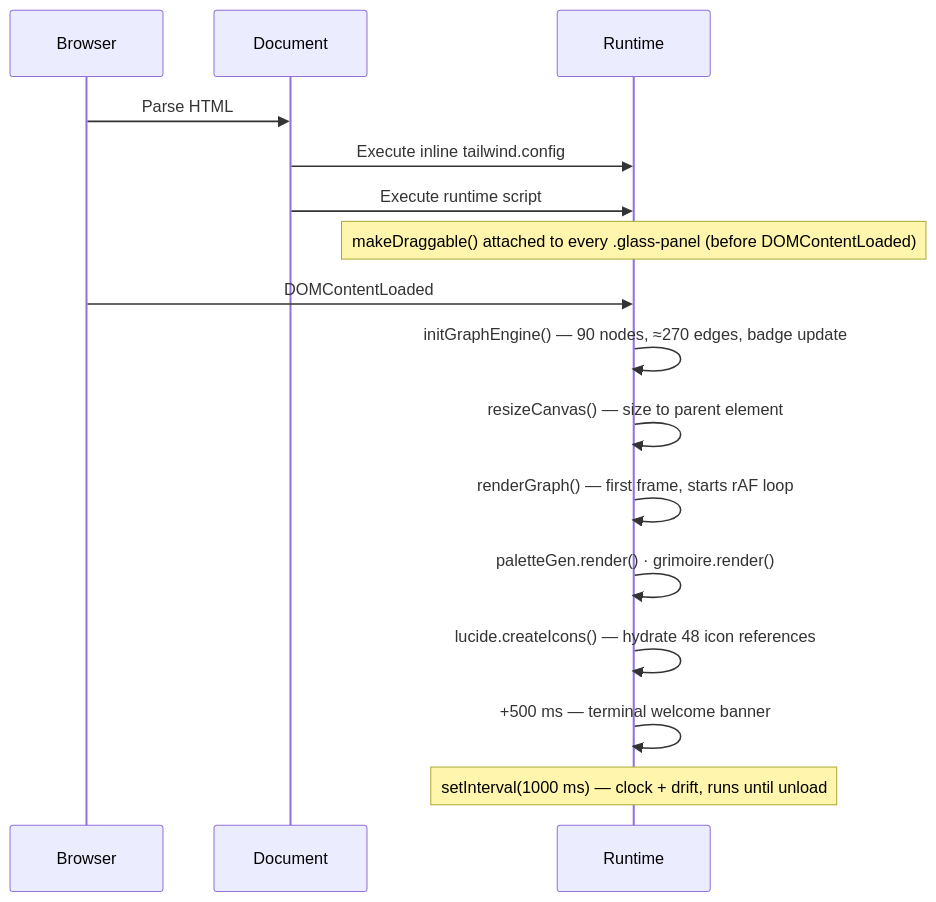
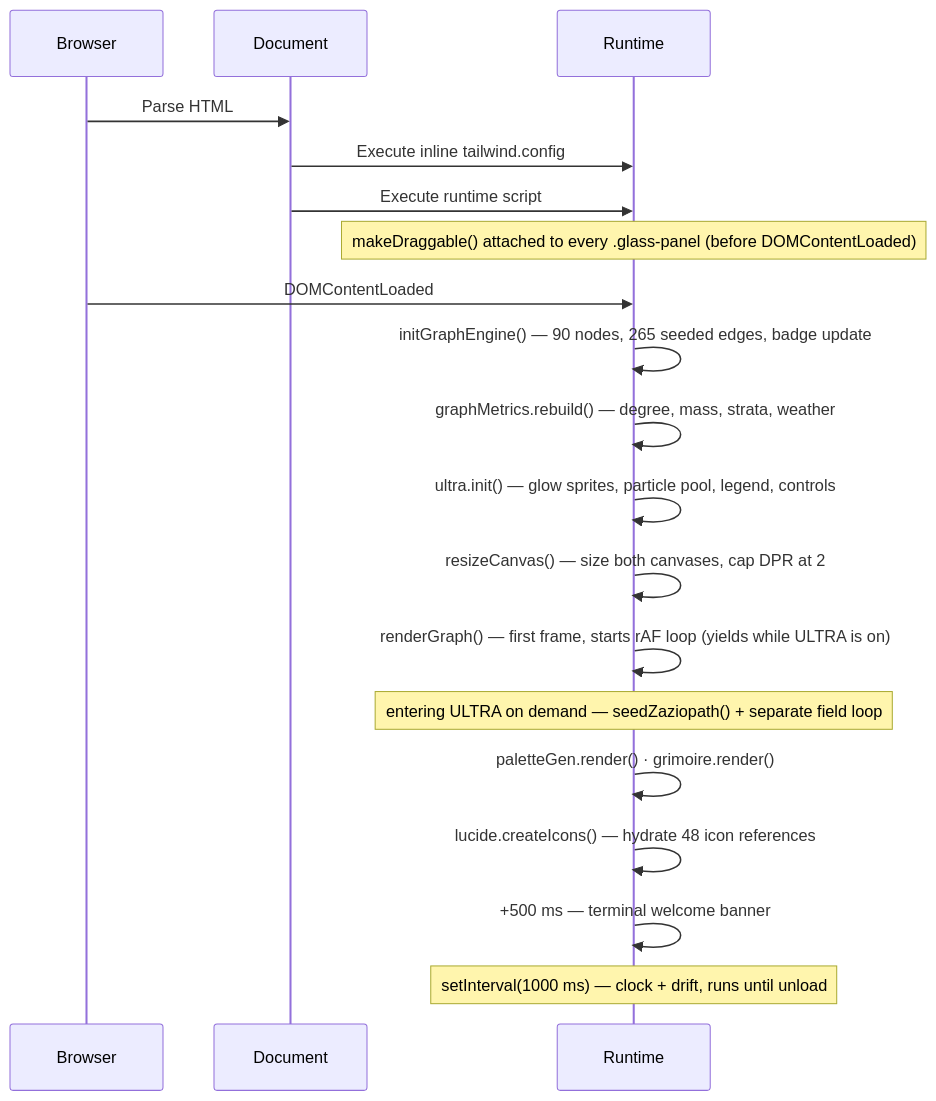
One commit to zazieproductions/Prometheus-Noosphere-v9.4 changed the diagram in docs/ARCHITECTURE.md. Above: the diagram before and after it, drawn with Mermaid. The commit also changed other lines of this file and 22 other files, not shown here.

````diff
--- a/docs/ARCHITECTURE.md
+++ b/docs/ARCHITECTURE.md
@@ -125,19 +130,22 @@
 ```mermaid
 sequenceDiagram
     participant B as Browser
     participant D as Document
     participant R as Runtime
 
     B->>D: Parse HTML
     D->>R: Execute inline tailwind.config
     D->>R: Execute runtime script
     Note over R: makeDraggable() attached to every .glass-panel (before DOMContentLoaded)
     B->>R: DOMContentLoaded
-    R->>R: initGraphEngine() — 90 nodes, ≈270 edges, badge update
-    R->>R: resizeCanvas() — size to parent element
-    R->>R: renderGraph() — first frame, starts rAF loop
+    R->>R: initGraphEngine() — 90 nodes, 265 seeded edges, badge update
+    R->>R: graphMetrics.rebuild() — degree, mass, strata, weather
+    R->>R: ultra.init() — glow sprites, particle pool, legend, controls
+    R->>R: resizeCanvas() — size both canvases, cap DPR at 2
+    R->>R: renderGraph() — first frame, starts rAF loop (yields while ULTRA is on)
+    Note over R: entering ULTRA on demand — seedZaziopath() + separate field loop
     R->>R: paletteGen.render() · grimoire.render()
     R->>R: lucide.createIcons() — hydrate 48 icon references
     R->>R: +500 ms — terminal welcome banner
     Note over R: setInterval(1000 ms) — clock + drift, runs until unload
 ```
````
